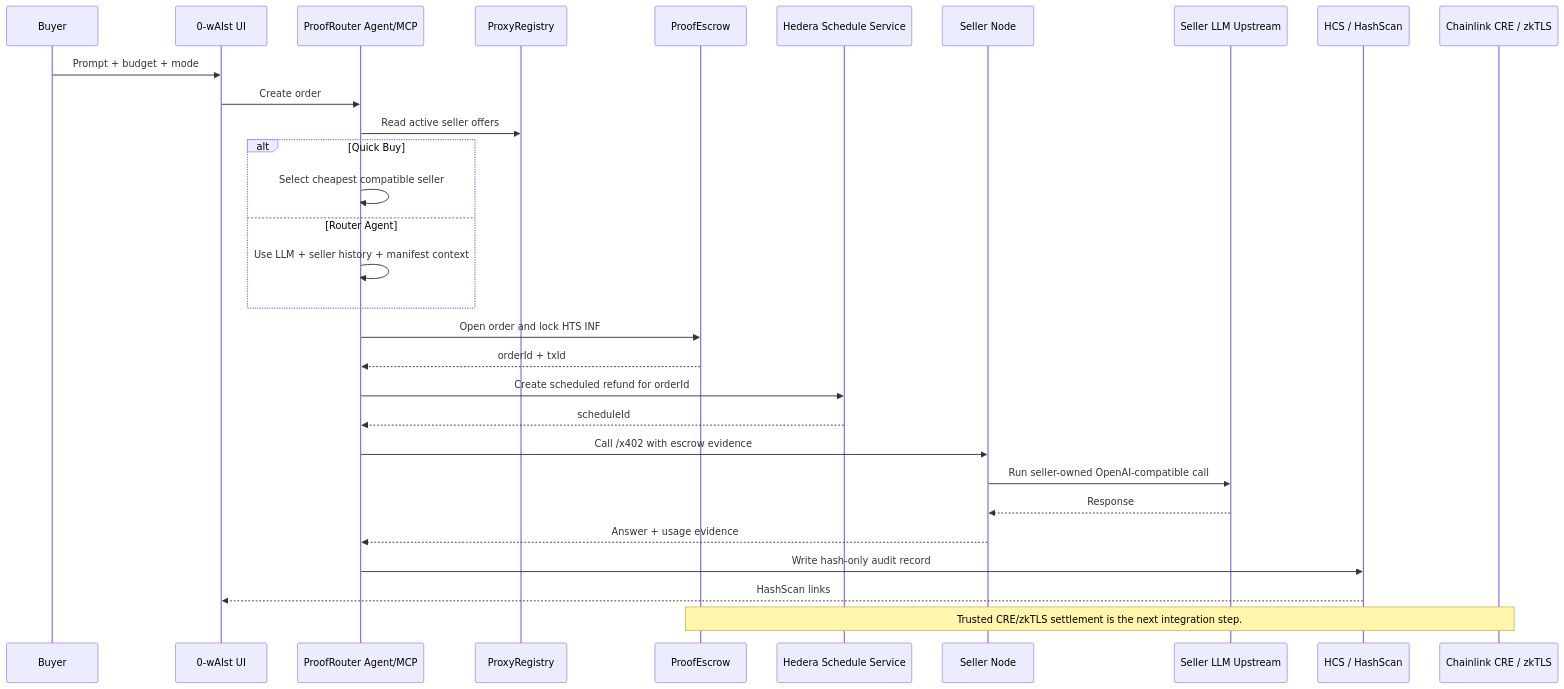
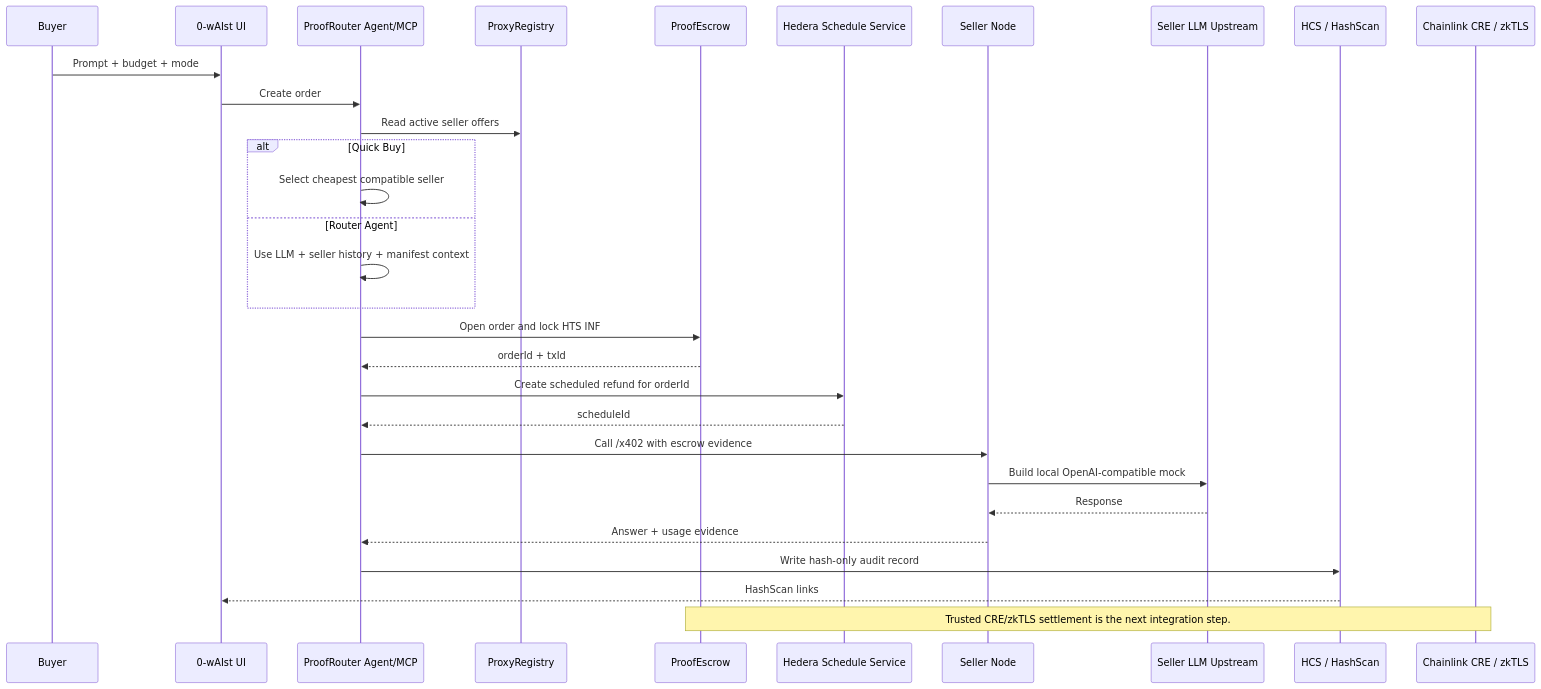
One commit to kirilligum/0-wAIst-hack-ethglobal-nyc-26 changed the second of 3 diagrams in README-draft.md. Above: the diagram before and after it, drawn with Mermaid. The commit also changed other lines of this file and 28 other files, not shown here.

Commit message:
chore: switch LLM paths to local mock

````diff
--- a/README-draft.md
+++ b/README-draft.md
@@ -62,33 +62,33 @@
 ```mermaid
 sequenceDiagram
     participant Buyer
     participant UI as 0-wAIst UI
     participant Router as ProofRouter Agent/MCP
     participant Registry as ProxyRegistry
     participant Escrow as ProofEscrow
     participant Schedule as Hedera Schedule Service
     participant Seller as Seller Node
     participant LLM as Seller LLM Upstream
     participant Audit as HCS / HashScan
     participant CRE as Chainlink CRE / zkTLS
 
     Buyer->>UI: Prompt + budget + mode
     UI->>Router: Create order
     Router->>Registry: Read active seller offers
     alt Quick Buy
         Router->>Router: Select cheapest compatible seller
     else Router Agent
         Router->>Router: Use LLM + seller history + manifest context
     end
     Router->>Escrow: Open order and lock HTS INF
     Escrow-->>Router: orderId + txId
     Router->>Schedule: Create scheduled refund for orderId
     Schedule-->>Router: scheduleId
     Router->>Seller: Call /x402 with escrow evidence
-    Seller->>LLM: Run seller-owned OpenAI-compatible call
+    Seller->>LLM: Build local OpenAI-compatible mock
     LLM-->>Seller: Response
     Seller-->>Router: Answer + usage evidence
     Router->>Audit: Write hash-only audit record
     Audit-->>UI: HashScan links
     Note over CRE,Escrow: Trusted CRE/zkTLS settlement is the next integration step.
 ```
````
